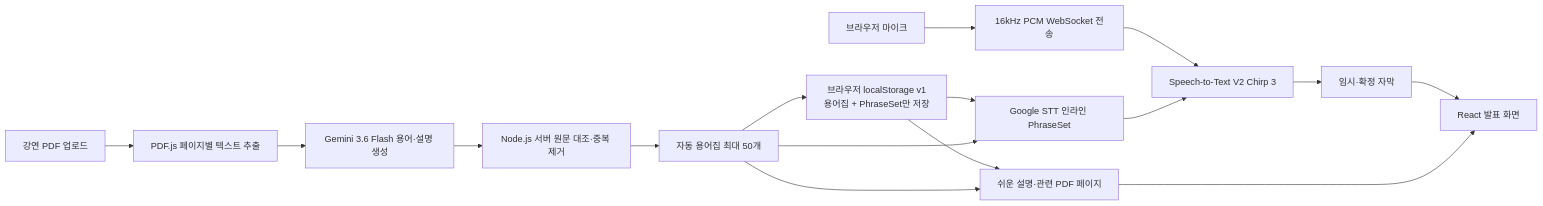
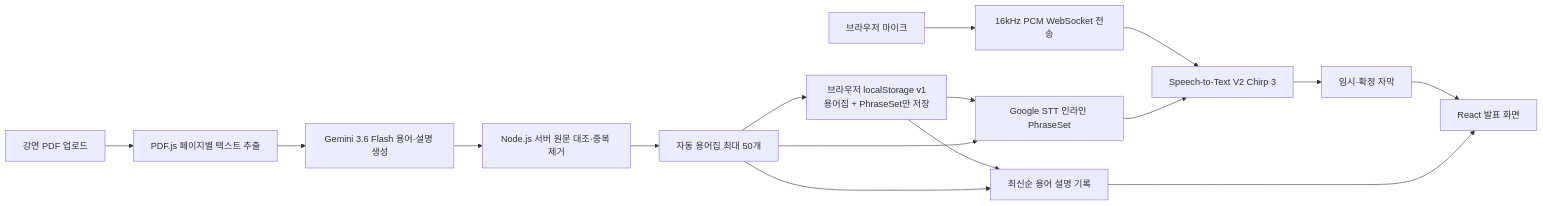
Before and after one commit to nsjjjjjj/lecture-context-ai: the diagram in README.md, drawn with Mermaid. The commit also changed other lines of this file and 10 other files, not shown here.

````diff
--- a/README.md
+++ b/README.md
@@ -27,18 +27,18 @@
 ```mermaid
 flowchart LR
     A["강연 PDF 업로드"] --> B["PDF.js 페이지별 텍스트 추출"]
     B --> C["Gemini 3.6 Flash 용어·설명 생성"]
     C --> D["Node.js 서버 원문 대조·중복 제거"]
     D --> E["자동 용어집 최대 50개"]
     E --> M["브라우저 localStorage v1<br/>용어집 + PhraseSet만 저장"]
     M --> F
     M --> K
     E --> F["Google STT 인라인 PhraseSet"]
     G["브라우저 마이크"] --> H["16kHz PCM WebSocket 전송"]
     H --> I["Speech-to-Text V2 Chirp 3"]
     F --> I
     I --> J["임시·확정 자막"]
-    E --> K["쉬운 설명·관련 PDF 페이지"]
+    E --> K["최신순 용어 설명 기록"]
     J --> L["React 발표 화면"]
     K --> L
 ```
````
